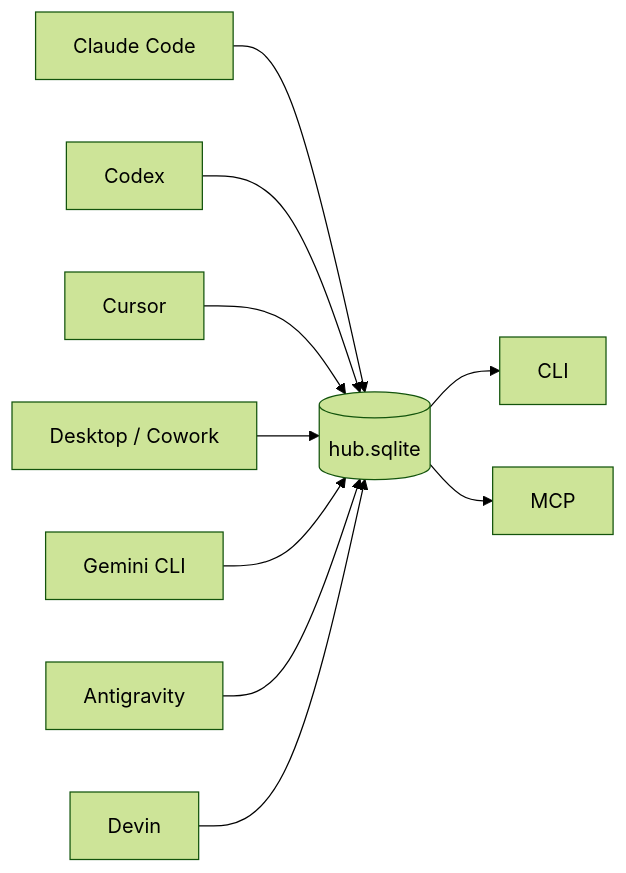
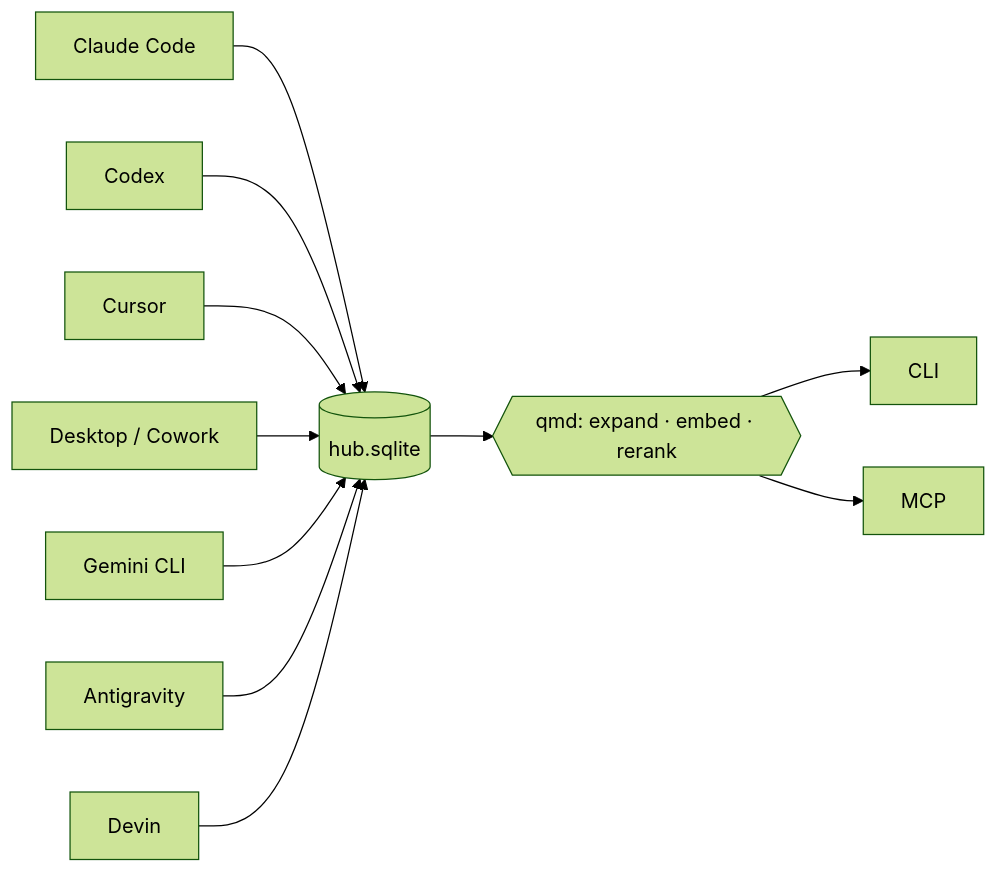
One commit to arlinamid/centered-agent-memory changed the diagram in README.hu.md. Above: the diagram before and after it, drawn with Mermaid (forest theme). The commit also changed other lines of this file and 40 other files, not shown here.

````diff
--- a/README.hu.md
+++ b/README.hu.md
@@ -51,12 +51,13 @@
 ```mermaid
 flowchart LR
   A[Claude Code] --> H[(hub.sqlite)]
   B[Codex] --> H
   C[Cursor] --> H
   D[Desktop / Cowork] --> H
   E[Gemini CLI] --> H
   F[Antigravity] --> H
   G[Devin] --> H
-  H --> CLI
-  H --> MCP
+  H --> Q{{qmd: expand · embed · rerank}}
+  Q --> CLI
+  Q --> MCP
 ```
````
